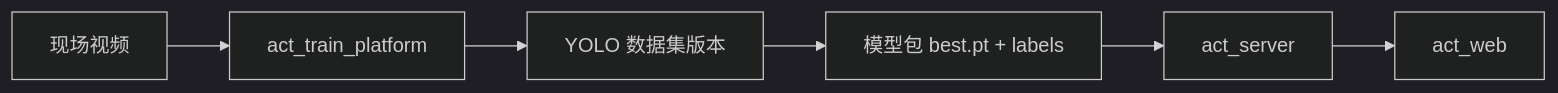
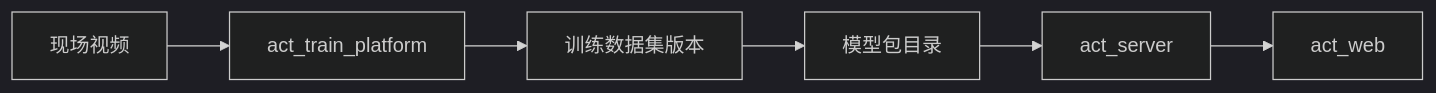
One commit to FunnyRainn/act_train_platform_V2 changed the diagram in docs/ARCHITECTURE.md. Above: the diagram before and after it, drawn with Mermaid (dark theme). The commit also changed other lines of this file and 49 other files, not shown here.

First line of the commit message:
v1.2.0.0: modularize train platform architecture

````diff
--- a/docs/ARCHITECTURE.md
+++ b/docs/ARCHITECTURE.md
@@ -9,8 +7,8 @@
 ```mermaid
 flowchart LR
-  Video[现场视频] --> Train[act_train_platform]
-  Train --> Dataset[YOLO 数据集版本]
-  Dataset --> Model[模型包 best.pt + labels]
-  Model --> Server[act_server]
-  Server --> Web[act_web]
+  Video["现场视频"] --> Train["act_train_platform"]
+  Train --> Dataset["训练数据集版本"]
+  Dataset --> Package["模型包目录"]
+  Package --> Server["act_server"]
+  Server --> Web["act_web"]
 ```
````
